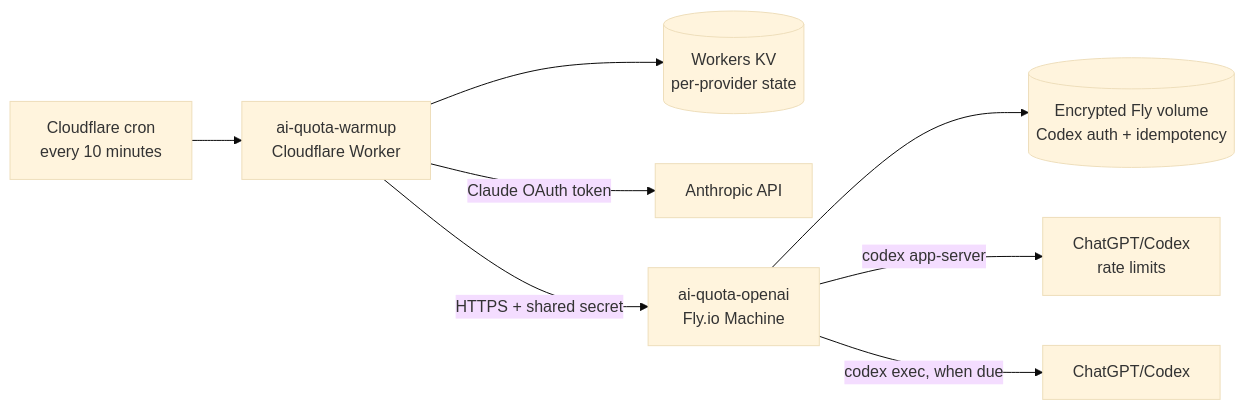
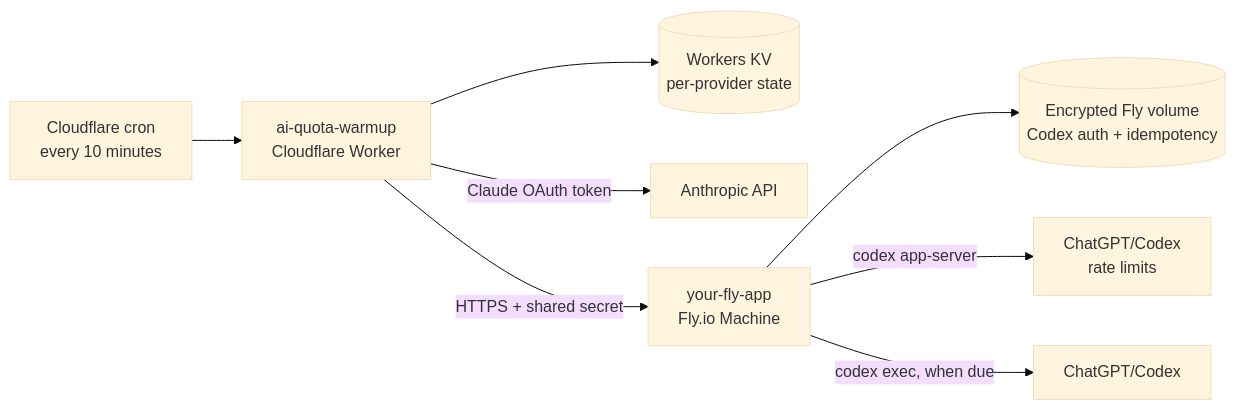
One commit to fungw/AI-Quota-Warmup changed the diagram in README.md. Above: the diagram before and after it, drawn with Mermaid (base theme). The commit also changed other lines of this file and 3 other files, not shown here.

````diff
--- a/README.md
+++ b/README.md
@@ -15,10 +17,10 @@
 ```mermaid
 flowchart LR
     Cron[Cloudflare cron<br/>every 10 minutes] --> Worker[ai-quota-warmup<br/>Cloudflare Worker]
     Worker --> KV[(Workers KV<br/>per-provider state)]
     Worker -->|Claude OAuth token| Anthropic[Anthropic API]
-    Worker -->|HTTPS + shared secret| Fly[ai-quota-openai<br/>Fly.io Machine]
+    Worker -->|HTTPS + shared secret| Fly[your-fly-app<br/>Fly.io Machine]
     Fly --> Volume[(Encrypted Fly volume<br/>Codex auth + idempotency)]
     Fly -->|codex app-server| Limits[ChatGPT/Codex<br/>rate limits]
     Fly -->|codex exec, when due| Codex[ChatGPT/Codex]
 ```
````
